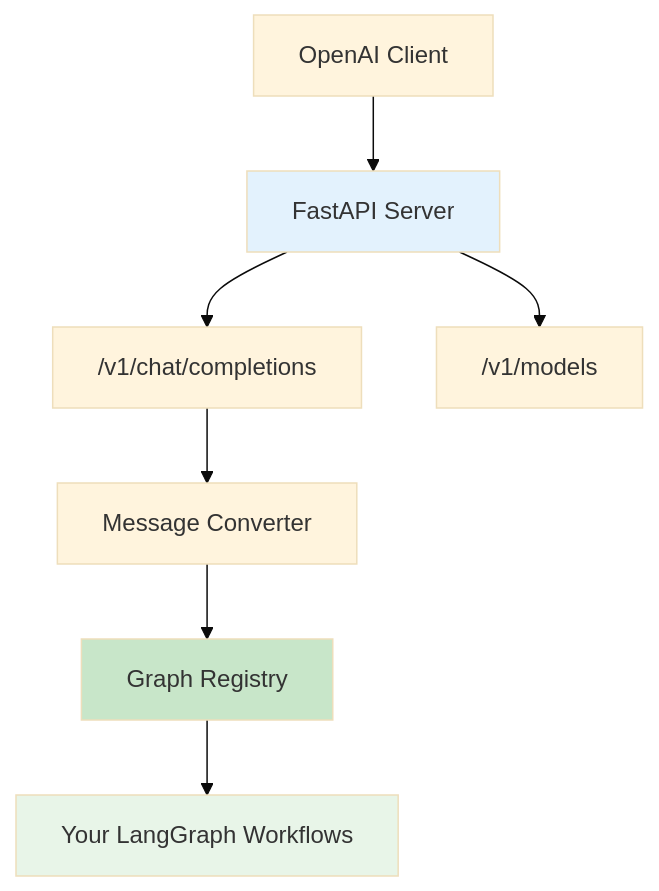
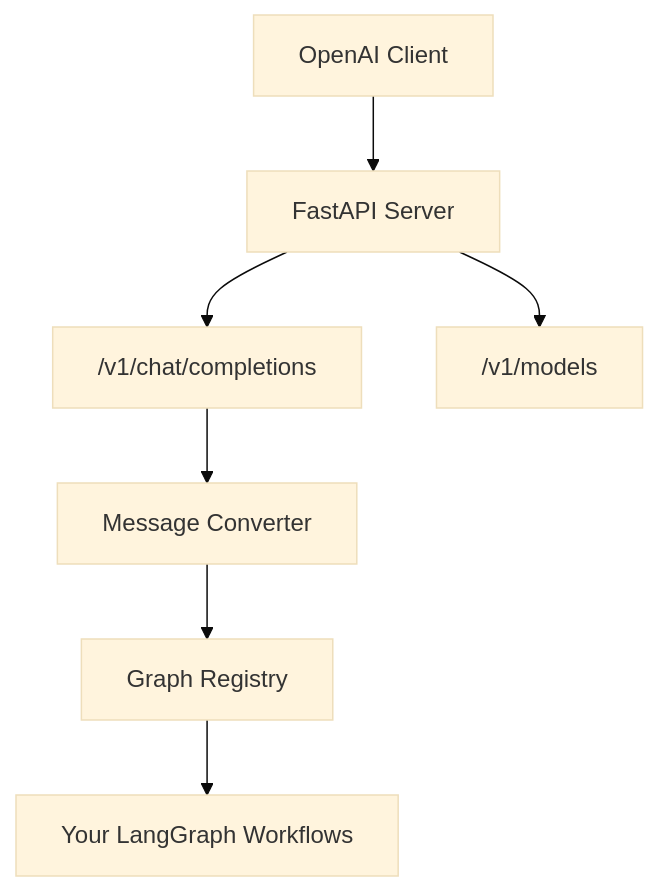
The diagram in content/posts/langgraph-openai-serve.md (ilkersigirci/my-blog), drawn with Mermaid (base theme) before and after one commit.

Commit message:
mermaid diagram dark mode color fix

````diff
--- a/content/posts/langgraph-openai-serve.md
+++ b/content/posts/langgraph-openai-serve.md
@@ -37,13 +37,9 @@
 ```mermaid
 flowchart TB
     A[OpenAI Client] --> B[FastAPI Server]
     B --> C["/v1/chat/completions"]
     B --> D["/v1/models"]
     C --> E[Message Converter]
     E --> F[Graph Registry]
     F --> G[Your LangGraph Workflows]
-    
-    style B fill:#e3f2fd
-    style F fill:#c8e6c9
-    style G fill:#e8f5e8
 ```
````
